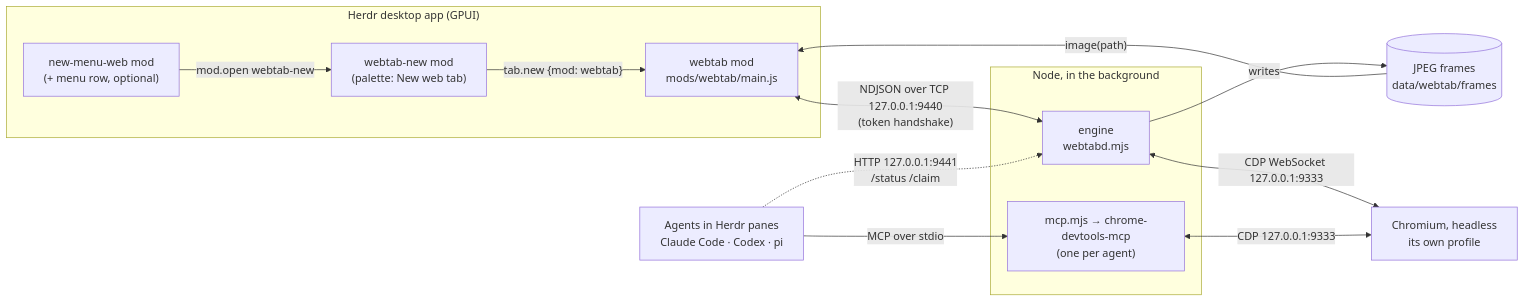
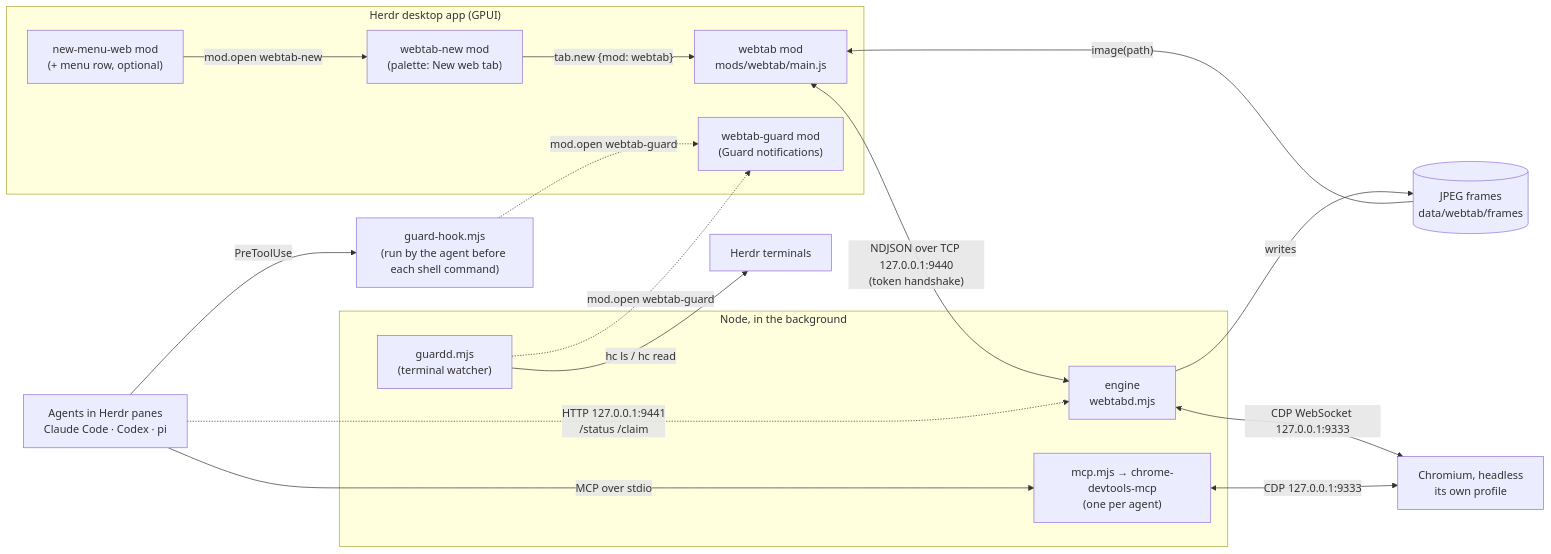
One commit to Stormxftw/herdr-webtab changed the first of 3 diagrams in docs/how-it-works.md. Above: the diagram before and after it, drawn with Mermaid. The commit also changed other lines of this file and 17 other files, not shown here.

````diff
--- a/docs/how-it-works.md
+++ b/docs/how-it-works.md
@@ -19,25 +19,32 @@
 ```mermaid
 flowchart LR
   subgraph Herdr["Herdr desktop app (GPUI)"]
     M["webtab mod<br/>mods/webtab/main.js"]
     N["webtab-new mod<br/>(palette: New web tab)"]
     P["new-menu-web mod<br/>(+ menu row, optional)"]
+    GT["webtab-guard mod<br/>(Guard notifications)"]
   end
   subgraph Node["Node, in the background"]
     E["engine<br/>webtabd.mjs"]
     MCP["mcp.mjs → chrome-devtools-mcp<br/>(one per agent)"]
+    GW["guardd.mjs<br/>(terminal watcher)"]
   end
+  H["guard-hook.mjs<br/>(run by the agent before each shell command)"]
   C["Chromium, headless<br/>its own profile"]
   A["Agents in Herdr panes<br/>Claude Code · Codex · pi"]
   F[("JPEG frames<br/>data/webtab/frames")]
 
   M <-- "NDJSON over TCP 127.0.0.1:9440<br/>(token handshake)" --> E
   E -- "writes" --> F
   F -- "image(path)" --> M
   E <-- "CDP WebSocket 127.0.0.1:9333" --> C
   A -- "MCP over stdio" --> MCP
   MCP <-- "CDP 127.0.0.1:9333" --> C
   A -. "HTTP 127.0.0.1:9441<br/>/status /claim" .-> E
   N -- "tab.new {mod: webtab}" --> M
   P -- "mod.open webtab-new" --> N
+  A -- "PreToolUse" --> H
+  GW -- "hc ls / hc read" --> T["Herdr terminals"]
+  H -. "mod.open webtab-guard" .-> GT
+  GW -. "mod.open webtab-guard" .-> GT
 ```
````
